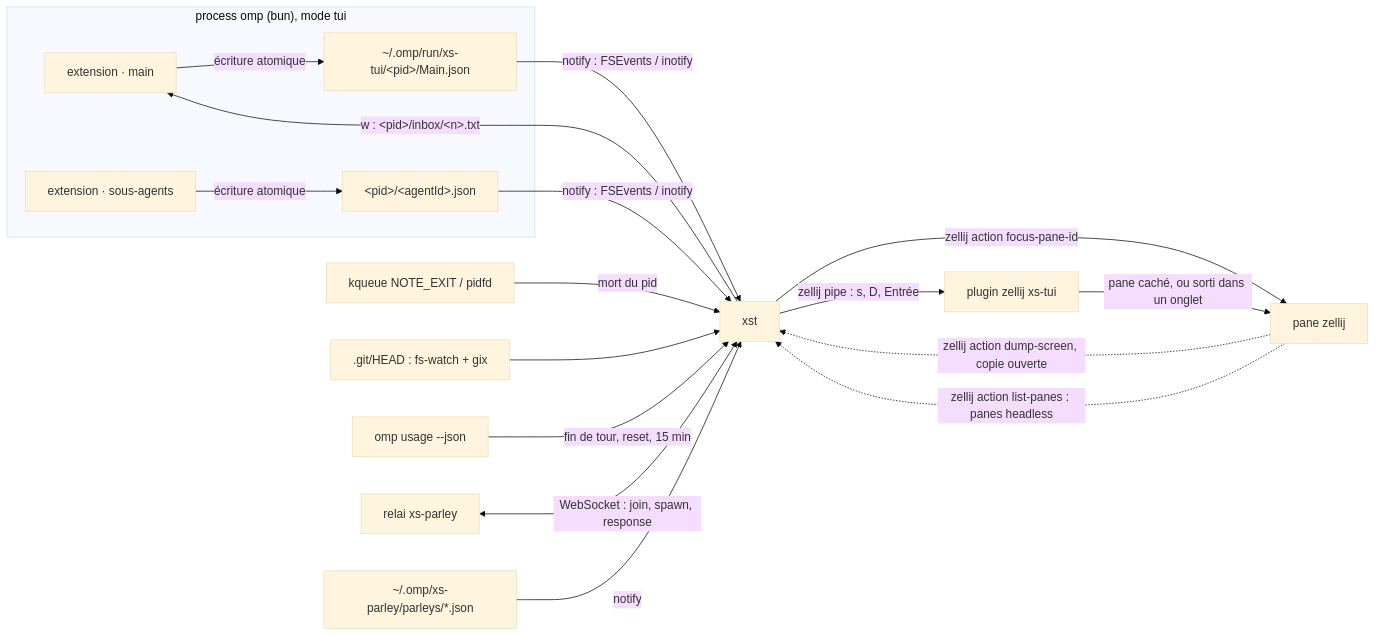
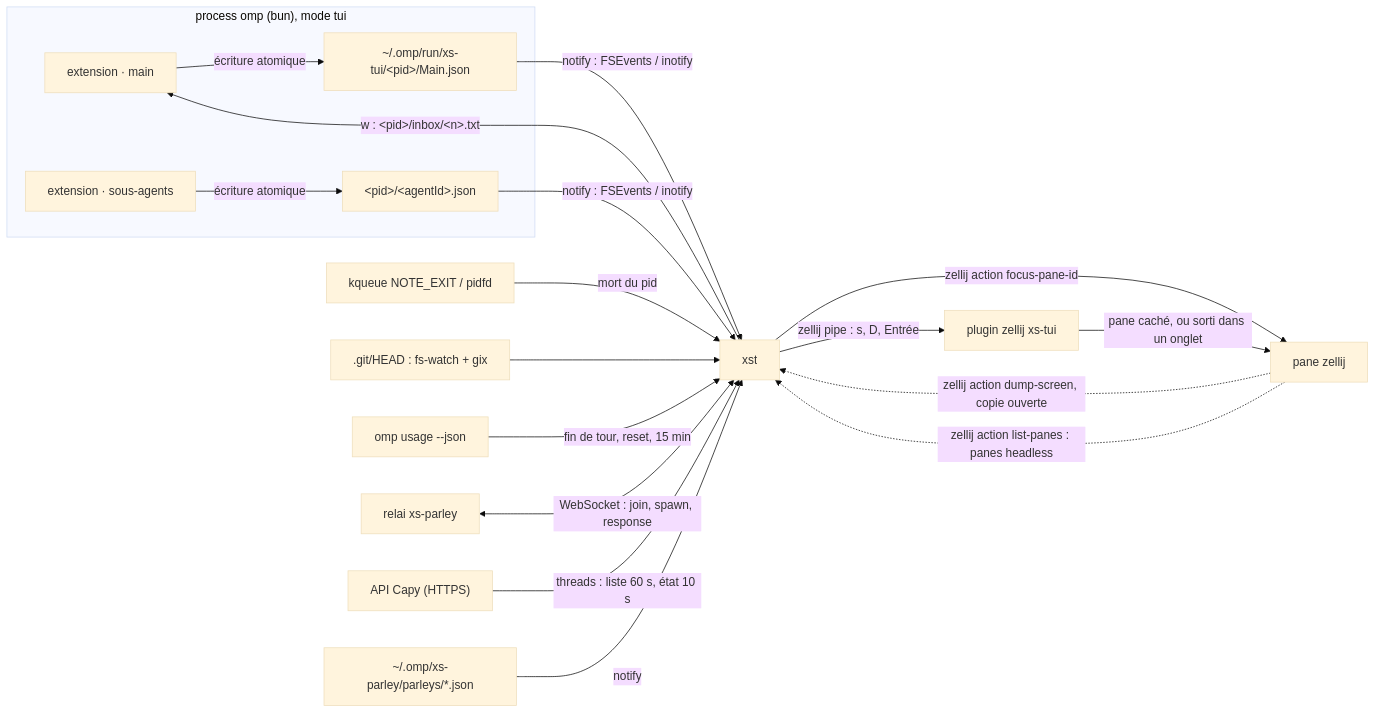
Before and after one commit to scolomer/xs-tui: the diagram in SPEC.md, drawn with Mermaid (base theme). The commit also changed other lines of this file and 8 other files, not shown here.

First line of the commit message:
Show the user's Capy threads in the list, display only

````diff
--- a/SPEC.md
+++ b/SPEC.md
@@ -31,19 +32,20 @@
 ```mermaid
 flowchart LR
   subgraph omp["process omp (bun), mode tui"]
     M[extension · main] -->|écriture atomique| F1["~/.omp/run/xs-tui/&lt;pid&gt;/Main.json"]
     S[extension · sous-agents] -->|écriture atomique| F2["&lt;pid&gt;/&lt;agentId&gt;.json"]
   end
   F1 & F2 -->|notify : FSEvents / inotify| T[xst]
   T -->|w : &lt;pid&gt;/inbox/&lt;n&gt;.txt| M
   K[kqueue NOTE_EXIT / pidfd] -->|mort du pid| T
   G[".git/HEAD : fs-watch + gix"] --> T
   T -->|zellij action focus-pane-id| Z[pane zellij]
   Z -.->|zellij action dump-screen, copie ouverte| T
   T -->|zellij pipe : s, D, Entrée| P[plugin zellij xs-tui]
   P -->|pane caché, ou sorti dans un onglet| Z
   Z -.->|zellij action list-panes : panes headless| T
   U["omp usage --json"] -->|fin de tour, reset, 15 min| T
   R[relai xs-parley] <-->|WebSocket : join, spawn, response| T
+  C["API Capy (HTTPS)"] -->|threads : liste 60 s, état 10 s| T
   X["~/.omp/xs-parley/parleys/*.json"] -->|notify| T
 ```
````
